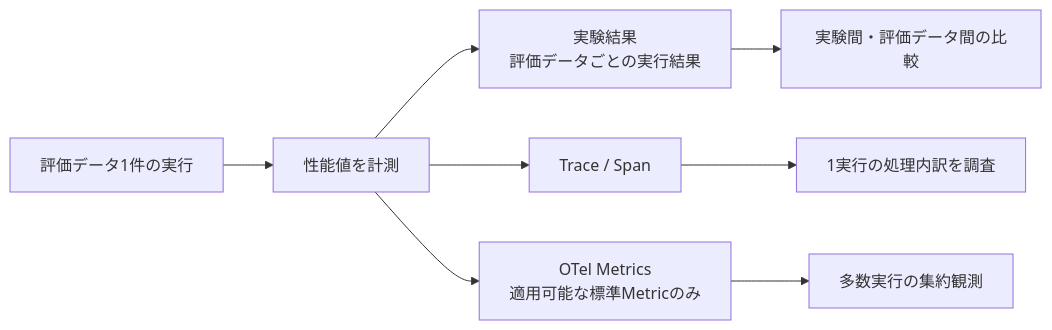
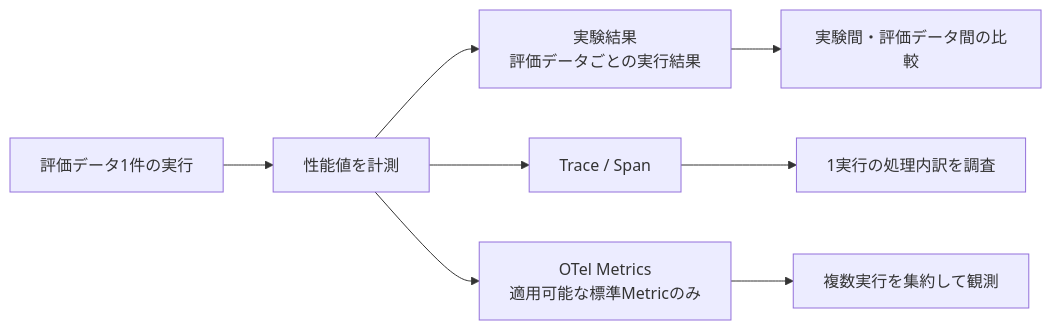
The first of 4 diagrams in Notes/RAGScope/RAGScopeアプリケーション/RS-0023 Metrics設計メモ.md (takashit16833/Workbench), drawn with Mermaid before and after one commit. The commit also changed other lines of this file, not shown here.

Commit message:
notes: tighten metrics wording

````diff
--- a/Notes/RAGScope/RAGScopeアプリケーション/RS-0023 Metrics設計メモ.md
+++ b/Notes/RAGScope/RAGScopeアプリケーション/RS-0023 Metrics設計メモ.md
@@ -40,12 +39,12 @@
 ```mermaid
 flowchart LR
     RUN["評価データ1件の実行"] --> VALUE["性能値を計測"]
 
-    VALUE --> RESULT["実験結果\n評価データごとの実行結果"]
+    VALUE --> RESULT["実験結果<br>評価データごとの実行結果"]
     VALUE --> TRACE["Trace / Span"]
-    VALUE --> METRIC["OTel Metrics\n適用可能な標準Metricのみ"]
+    VALUE --> METRIC["OTel Metrics<br>適用可能な標準Metricのみ"]
 
     RESULT --> COMPARE["実験間・評価データ間の比較"]
     TRACE --> DETAIL["1実行の処理内訳を調査"]
-    METRIC --> AGG["多数実行の集約観測"]
+    METRIC --> AGG["複数実行を集約して観測"]
 ```
````
